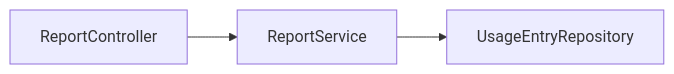
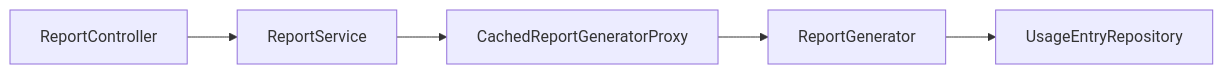
Before and after one commit to ced-kwong29/design-patterns: the fifth of 33 diagrams in README.md, drawn with Mermaid. The commit also changed other lines of this file and 19 other files, not shown here.

````diff
--- a/README.md
+++ b/README.md
@@ -77,5 +85,7 @@
 ```mermaid
 graph LR
     RC[ReportController] --> RS[ReportService]
-    RS --> UER[UsageEntryRepository]
+    RS --> CRP[CachedReportGeneratorProxy]
+    CRP --> RG[ReportGenerator]
+    RG --> UER[UsageEntryRepository]
 ```
````
